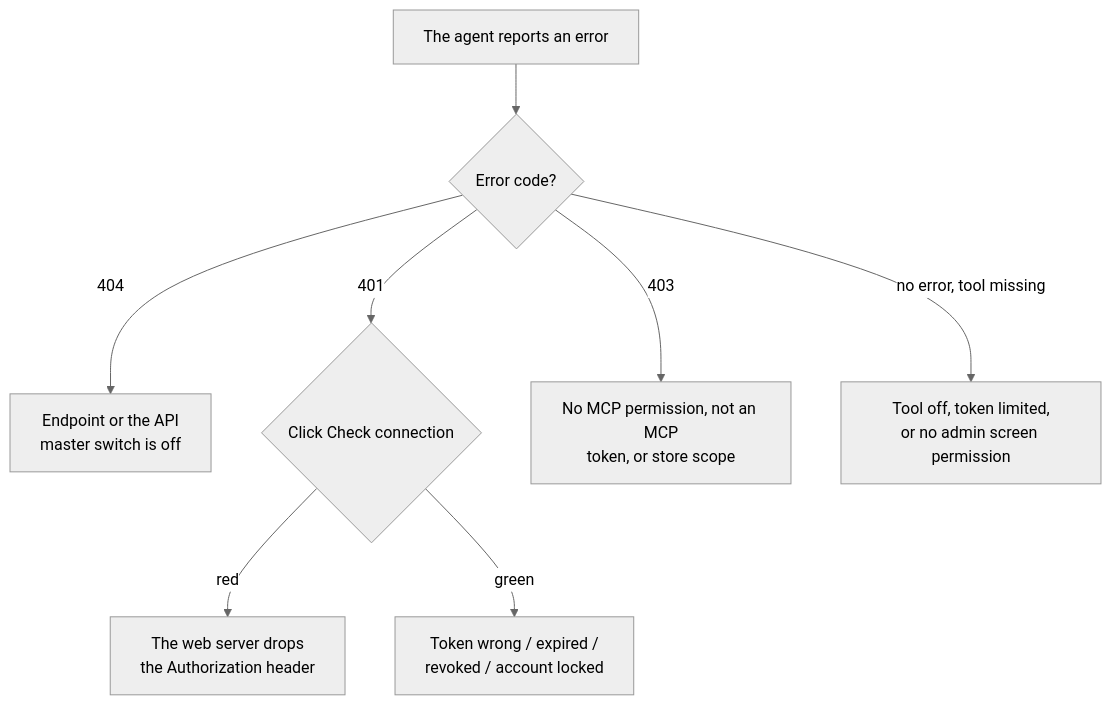
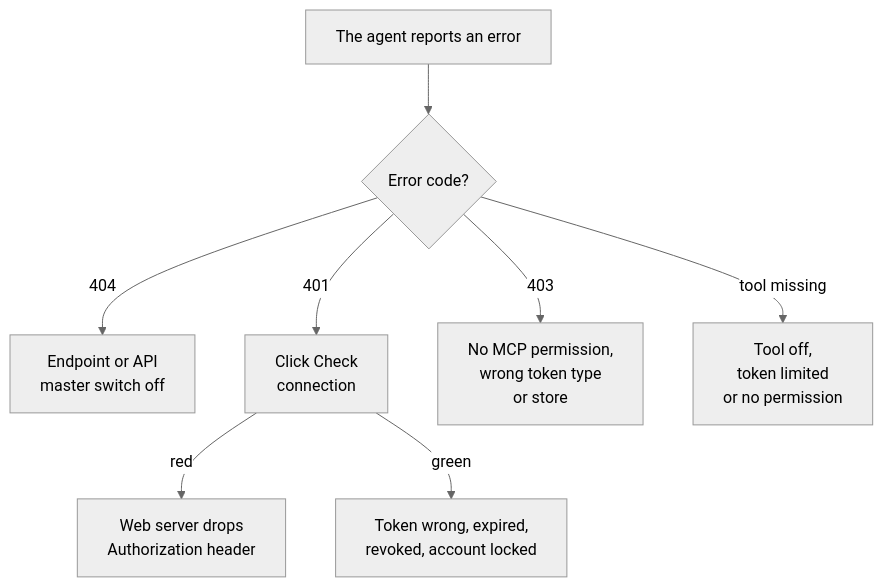
The diagram in mcp/mcp-troubleshooting.md (gp247net/gp247-docs), drawn with Mermaid (neutral theme) before and after one commit. The commit also changed other lines of this file and 44 other files, not shown here.

First line of the commit message:
docs: redraw oversized diagrams in security, API and MCP docs (vi/en/ja)

````diff
--- a/mcp/mcp-troubleshooting.md
+++ b/mcp/mcp-troubleshooting.md
@@ -15,10 +15,10 @@
 ```mermaid
 flowchart TD
     S["The agent reports an error"] --> A{"Error code?"}
-    A -->|"404"| E["Endpoint or the API<br/>master switch is off"]
-    A -->|"401"| T{"Click Check connection"}
-    T -->|"red"| H["The web server drops<br/>the Authorization header"]
-    T -->|"green"| K["Token wrong / expired /<br/>revoked / account locked"]
-    A -->|"403"| P["No MCP permission, not an MCP<br/>token, or store scope"]
-    A -->|"no error, tool missing"| C["Tool off, token limited,<br/>or no admin screen permission"]
+    A -->|"404"| E["Endpoint or API<br/>master switch off"]
+    A -->|"401"| T["Click Check<br/>connection"]
+    T -->|"red"| H["Web server drops<br/>Authorization header"]
+    T -->|"green"| K["Token wrong, expired,<br/>revoked, account locked"]
+    A -->|"403"| P["No MCP permission,<br/>wrong token type<br/>or store"]
+    A -->|"tool missing"| C["Tool off,<br/>token limited<br/>or no permission"]
 ```
````
